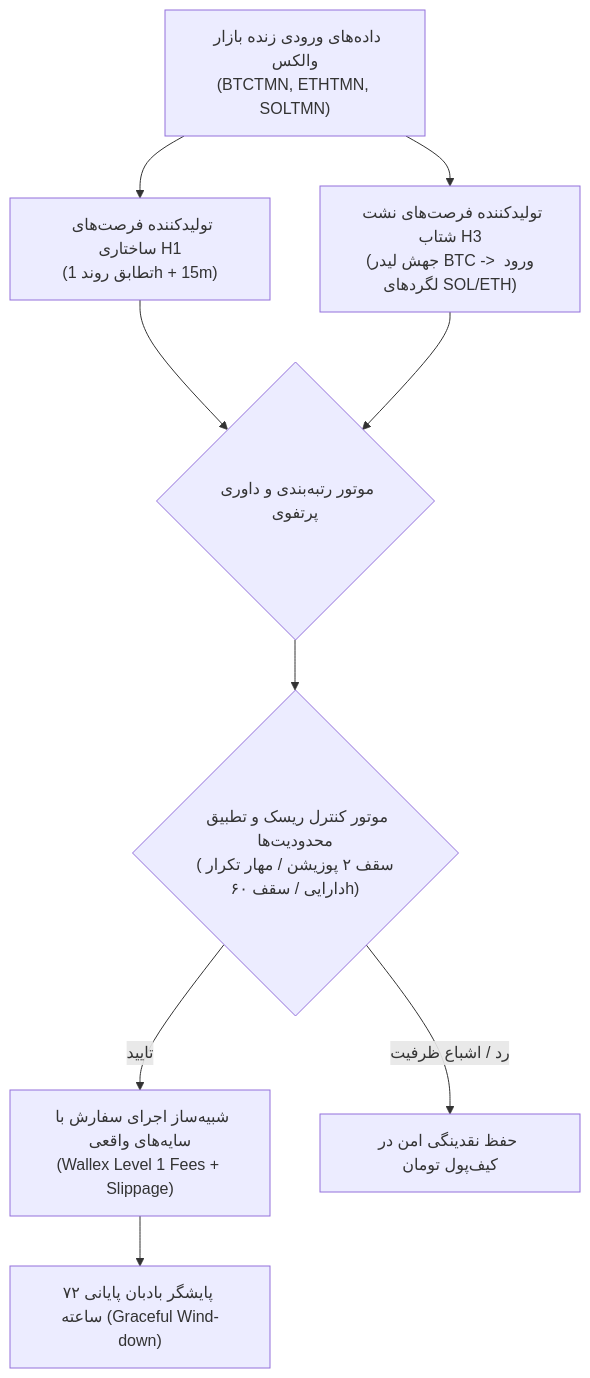
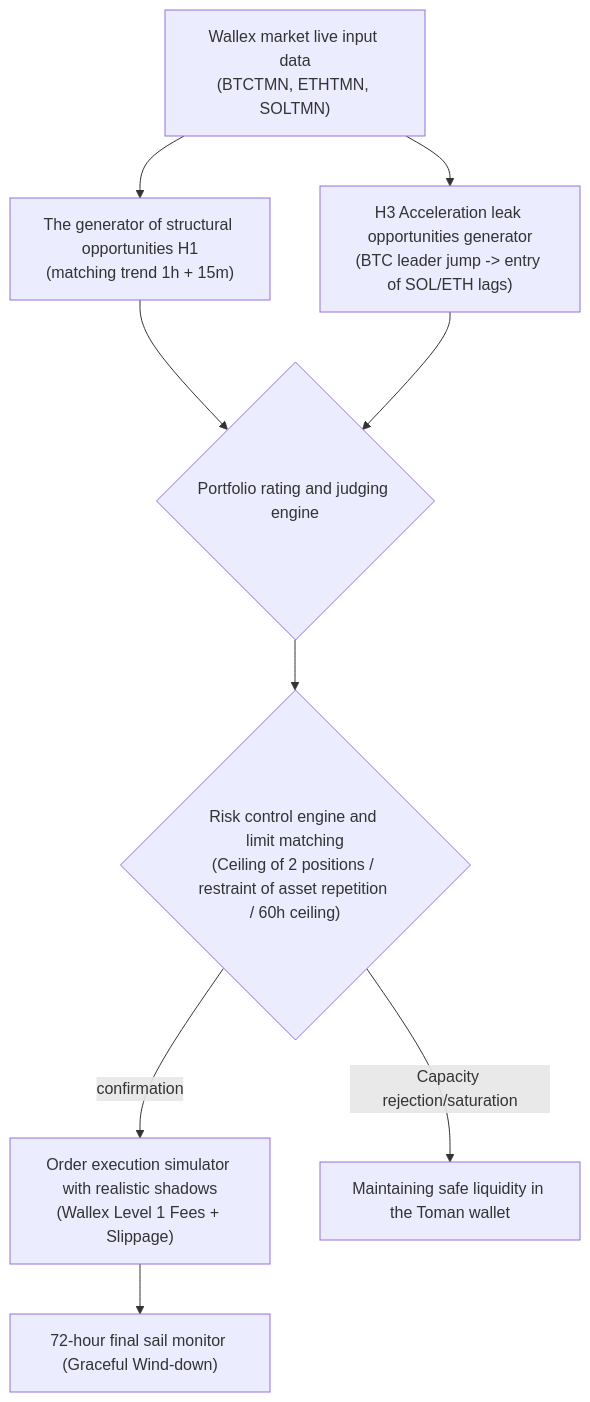
The diagram in docs/PHASE25_ENSEMBLE_ARCHITECTURE.md (AliFazelniya/wallextrade), drawn with Mermaid before and after one commit. The commit also changed other lines of this file and 81 other files, not shown here.

````diff
--- a/docs/PHASE25_ENSEMBLE_ARCHITECTURE.md
+++ b/docs/PHASE25_ENSEMBLE_ARCHITECTURE.md
@@ -13,11 +13,11 @@
 ```mermaid
 flowchart TD
-    MD["داده‌های ورودی زنده بازار والکس\n(BTCTMN, ETHTMN, SOLTMN)"] --> H1["تولیدکننده فرصت‌های ساختاری H1\n(تطابق روند 1h + 15m)"]
-    MD --> H3["تولیدکننده فرصت‌های نشت شتاب H3\n(جهش لیدر BTC -> ورود لگردهای SOL/ETH)"]
-    H1 --> ARB{"موتور رتبه‌بندی و داوری پرتفوی"}
+    MD["Wallex market live input data\n(BTCTMN, ETHTMN, SOLTMN)"] --> H1["The generator of structural opportunities H1\n(matching trend 1h + 15m)"]
+    MD --> H3["H3 Acceleration leak opportunities generator\n(BTC leader jump -> entry of SOL/ETH lags)"]
+    H1 --> ARB{"Portfolio rating and judging engine"}
     H3 --> ARB
-    ARB --> RM{"موتور کنترل ریسک و تطبیق محدودیت‌ها\n(سقف ۲ پوزیشن / مهار تکرار دارایی / سقف ۶۰h)"}
-    RM -- "تایید" --> SIM["شبیه‌ساز اجرای سفارش با سایه‌های واقعی\n(Wallex Level 1 Fees + Slippage)"]
-    RM -- "رد / اشباع ظرفیت" --> CASH["حفظ نقدینگی امن در کیف‌پول تومان"]
-    SIM --> WD["پایشگر بادبان پایانی ۷۲ ساعته (Graceful Wind-down)"]
+    ARB --> RM{"Risk control engine and limit matching\n(Ceiling of 2 positions / restraint of asset repetition / 60h ceiling)"}
+    RM -- "confirmation" --> SIM["Order execution simulator with realistic shadows\n(Wallex Level 1 Fees + Slippage)"]
+    RM -- "Capacity rejection/saturation" --> CASH["Maintaining safe liquidity in the Toman wallet"]
+    SIM --> WD["72-hour final sail monitor (Graceful Wind-down)"]
 ```
````
